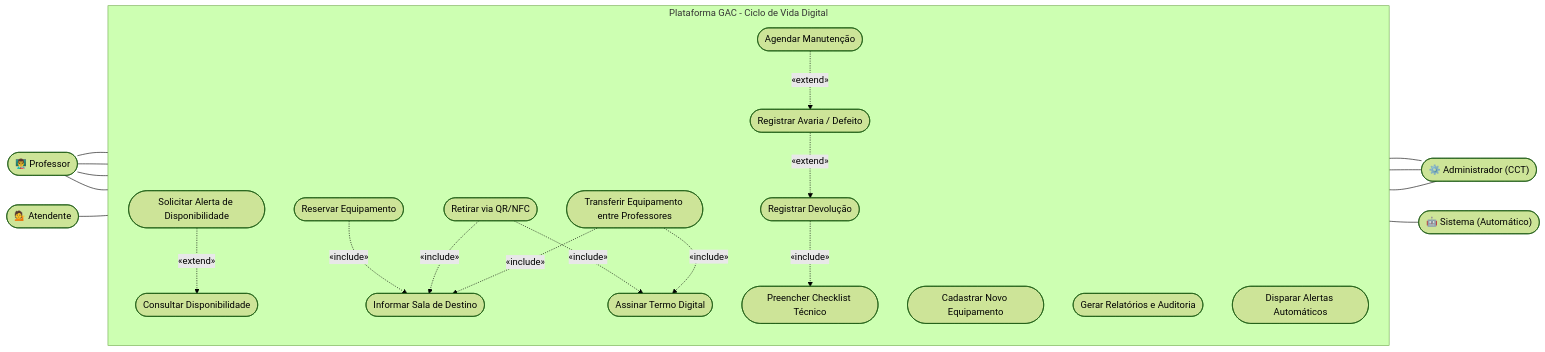
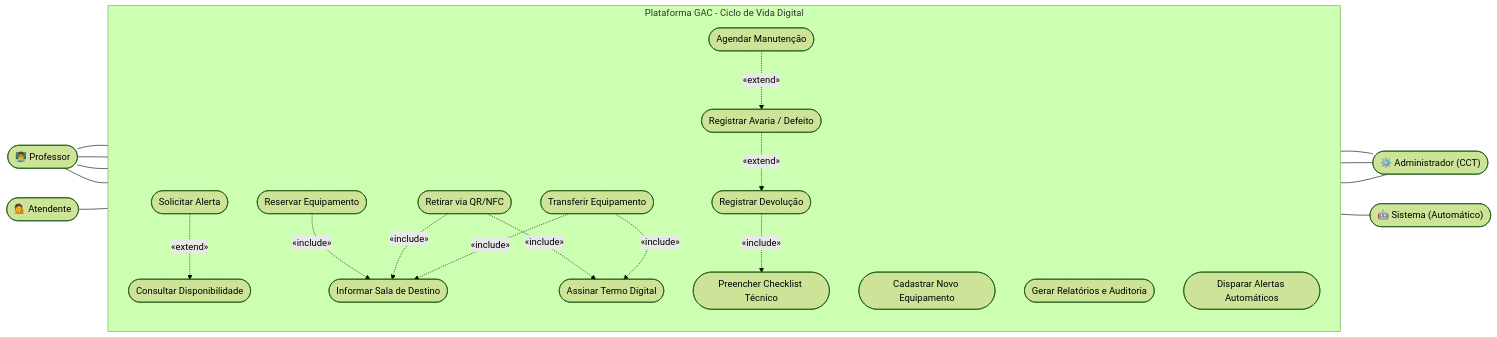
Before and after one commit to VinnerKyther/requisitos-2026-requisitos-production: the diagram in Requisitos/Diagramas/Diagrama-de-Casos-de-Uso.md, drawn with Mermaid (forest theme).

````diff
--- a/Requisitos/Diagramas/Diagrama-de-Casos-de-Uso.md
+++ b/Requisitos/Diagramas/Diagrama-de-Casos-de-Uso.md
@@ -3,72 +3,67 @@
 ```mermaid
 flowchart LR
     %% Atores da Interface Mobile (Esquerda)
     Prof(["👨‍🏫 Professor"])
     Atend(["💁 Atendente"])
 
     subgraph Sistema [Plataforma GAC - Ciclo de Vida Digital]
         direction TB
         
-        %% Ações de Consulta
+        %% Bloco de Consulta
         UC1([Consultar Disponibilidade])
-        UC1a([Solicitar Alerta de Disponibilidade])
+        UC1a([Solicitar Alerta])
         
-        %% Ações de Uso do Equipamento (Professor)
+        %% Bloco de Ações e Inclusões separadas para evitar sobreposição
         UC2([Reservar Equipamento])
-        UC3([Retirar via QR/NFC])
-        UC4([Transferir Equipamento entre Professores])
-        
-        %% Ações de Segurança e Rastreabilidade
-        UC5([Assinar Termo Digital])
         UC6([Informar Sala de Destino])
         
-        %% Ações do Atendente
+        UC3([Retirar via QR/NFC])
+        UC5([Assinar Termo Digital])
+        
+        UC4([Transferir Equipamento])
+        
+        %% Bloco de Devolução
         UC7([Registrar Devolução])
         UC8([Preencher Checklist Técnico])
         UC9([Registrar Avaria / Defeito])
         
-        %% Ações da Gestão Web (Administrador)
+        %% Bloco de Gestão
         UC10([Cadastrar Novo Equipamento])
         UC11([Agendar Manutenção])
         UC12([Gerar Relatórios e Auditoria])
         
-        %% Ações do Sistema
+        %% Bloco de Automação
         UC13([Disparar Alertas Automáticos])
     end
 
     %% Atores da Interface Web e Robôs (Direita)
     Admin(["⚙️ Administrador (CCT)"])
     Sis(["🤖 Sistema (Automático)"])
 
-    %% Conectando os Atores da Esquerda
+    %% Conectando os Atores
     Prof --- UC1
     Prof --- UC2
     Prof --- UC3
     Prof --- UC4
     Atend --- UC7
     
-    %% Conectando os Atores da Direita
     UC10 --- Admin
     UC11 --- Admin
     UC12 --- Admin
     UC13 --- Sis
 
-    %% Regras de Sem Disponibilidade (Opcional - Seta do Opcional para o Principal)
+    %% LIGAÇÕES (Reordenadas para limpar o visual)
     UC1a -.->|«extend»| UC1
-
-    %% Regras de Sala de Destino (Obrigatório)
+    
     UC2 -.->|«include»| UC6
+    UC3 -.->|«include»| UC5
+    
+    %% Setas secundárias
     UC3 -.->|«include»| UC6
     UC4 -.->|«include»| UC6
-
-    %% Regras de Termo Digital (Obrigatório)
-    UC3 -.->|«include»| UC5
     UC4 -.->|«include»| UC5
 
-    %% Regras de Devolução
     UC7 -.->|«include»| UC8
     UC9 -.->|«extend»| UC7
-    
-    %% Regra de Manutenção puxada pela avaria
     UC11 -.->|«extend»| UC9
 ```
````
